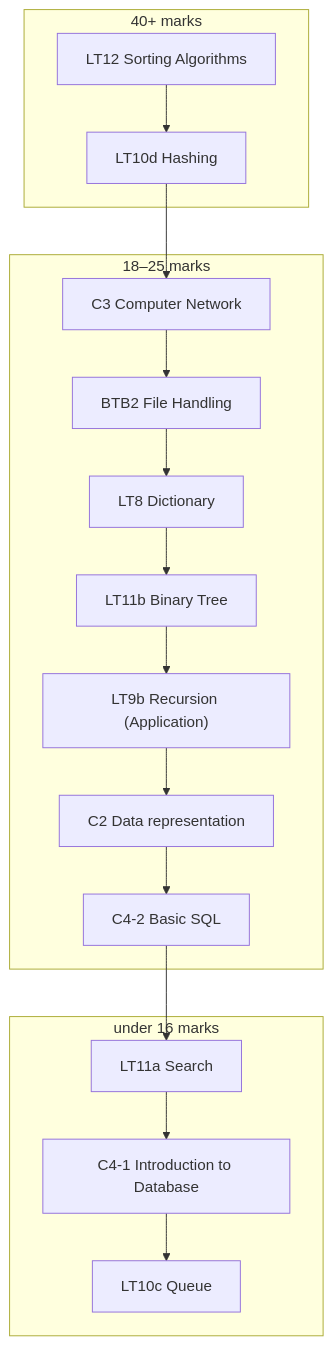
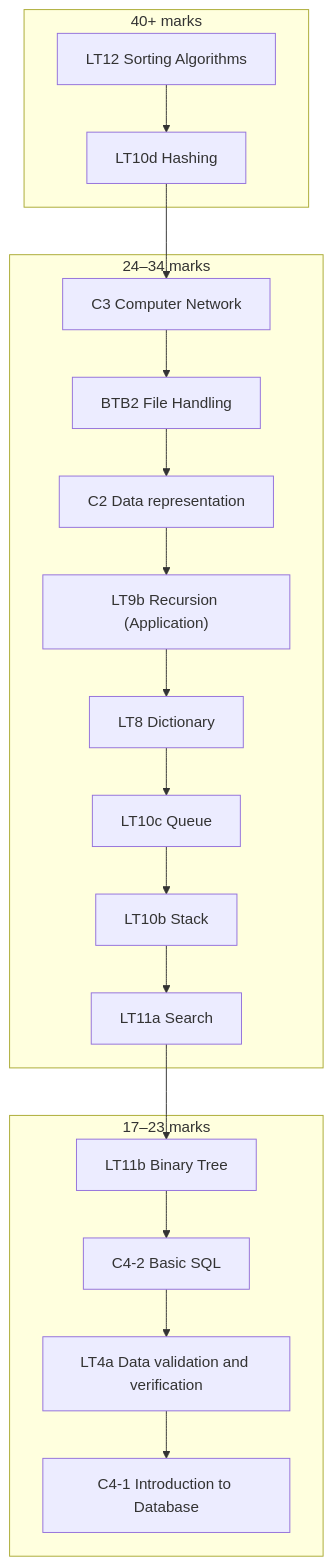
The diagram in notes/Promo Revision.md (saumilthecode/h2-curly-pancakes), drawn with Mermaid before and after one commit. The commit also changed other lines of this file and 27 other files, not shown here.

````diff
--- a/notes/Promo Revision.md
+++ b/notes/Promo Revision.md
@@ -15,21 +15,23 @@
 ```mermaid
 flowchart TD
   subgraph t1["40+ marks"]
     s["LT12 Sorting Algorithms"] --> h["LT10d Hashing"]
   end
-  subgraph t2["18–25 marks"]
+  subgraph t2["24–34 marks"]
     n["C3 Computer Network"] --> f["BTB2 File Handling"]
-    f --> d["LT8 Dictionary"]
-    d --> b["LT11b Binary Tree"]
-    b --> r["LT9b Recursion (Application)"]
-    r --> x["C2 Data representation"]
-    x --> q["C4-2 Basic SQL"]
+    f --> x["C2 Data representation"]
+    x --> r["LT9b Recursion (Application)"]
+    r --> d["LT8 Dictionary"]
+    d --> qu["LT10c Queue"]
+    qu --> st["LT10b Stack"]
+    st --> se["LT11a Search"]
   end
-  subgraph t3["under 16 marks"]
-    se["LT11a Search"] --> k["C4-1 Introduction to Database"]
-    k --> qu["LT10c Queue"]
+  subgraph t3["17–23 marks"]
+    b["LT11b Binary Tree"] --> q["C4-2 Basic SQL"]
+    q --> v["LT4a Data validation and verification"]
+    v --> k["C4-1 Introduction to Database"]
   end
   h --> n
-  q --> se
-  class s,h,n,f,d,b,r,x,q,se,k,qu internal-link
+  se --> b
+  class s,h,n,f,x,r,d,qu,st,se,b,q,v,k internal-link
 ```
````
